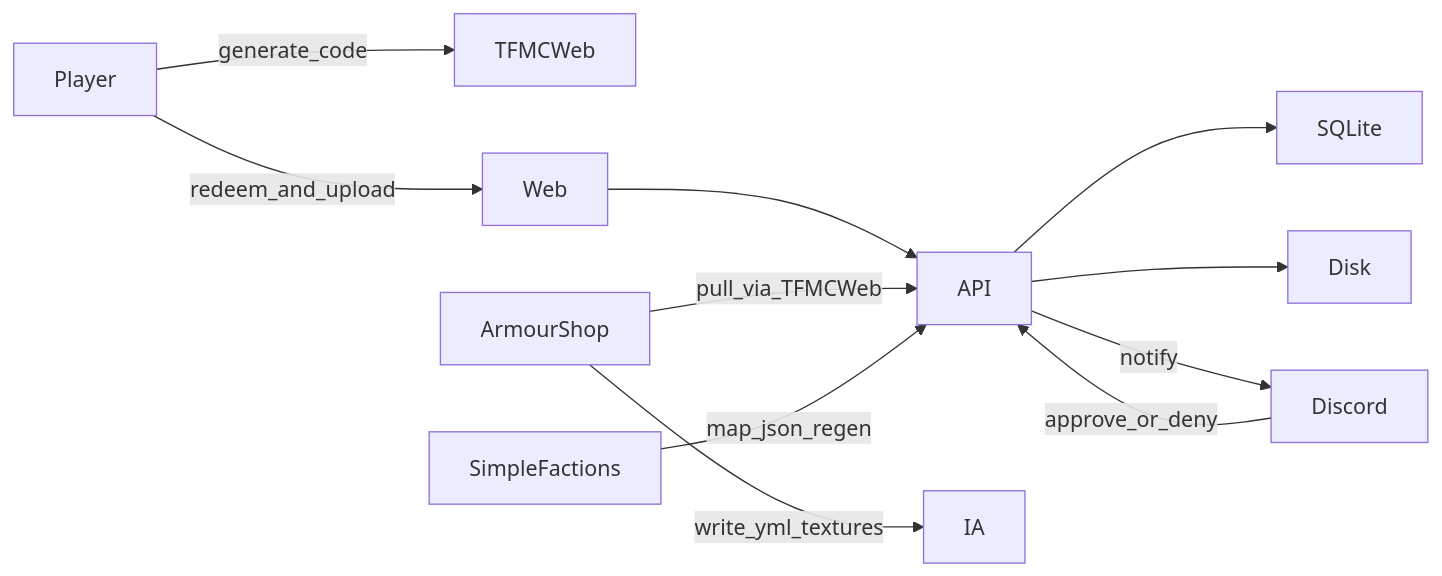
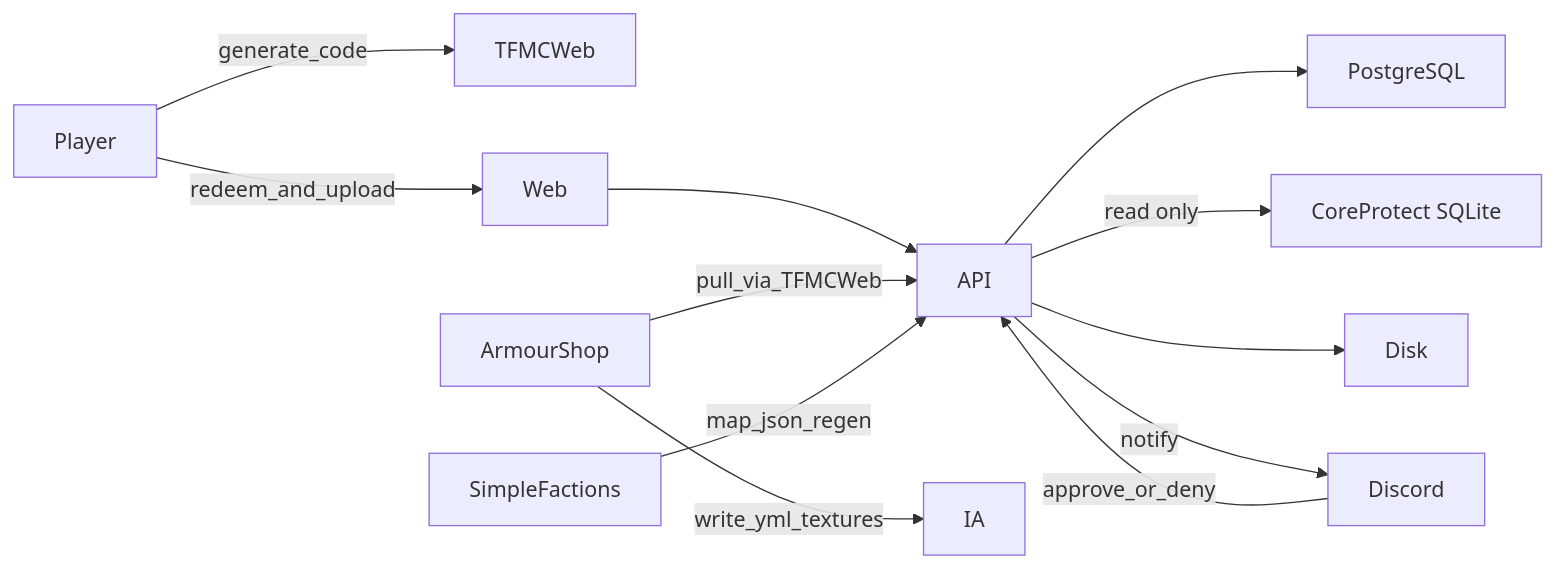
One commit to TF-Minecraft/Docs changed the diagram in projects/ProvinceSystem/docs/architecture.md. Above: the diagram before and after it, drawn with Mermaid. The commit also changed other lines of this file and 15 other files, not shown here.

First line of the commit message:
Document native PostgreSQL storage, deployment and rollback (#287)

````diff
--- a/projects/ProvinceSystem/docs/architecture.md
+++ b/projects/ProvinceSystem/docs/architecture.md
@@ -48,13 +48,14 @@
 ```mermaid
 flowchart LR
   Player -->|generate_code| TFMCWeb
   Player -->|redeem_and_upload| Web
   Web --> API
-  API --> SQLite
+  API --> PostgreSQL
+  API -->|read only| CoreProtect[CoreProtect SQLite]
   API --> Disk
   API -->|notify| Discord
   Discord -->|approve_or_deny| API
   ArmourShop -->|pull_via_TFMCWeb| API
   ArmourShop -->|write_yml_textures| IA
   SimpleFactions -->|map_json_regen| API
 ```
````
